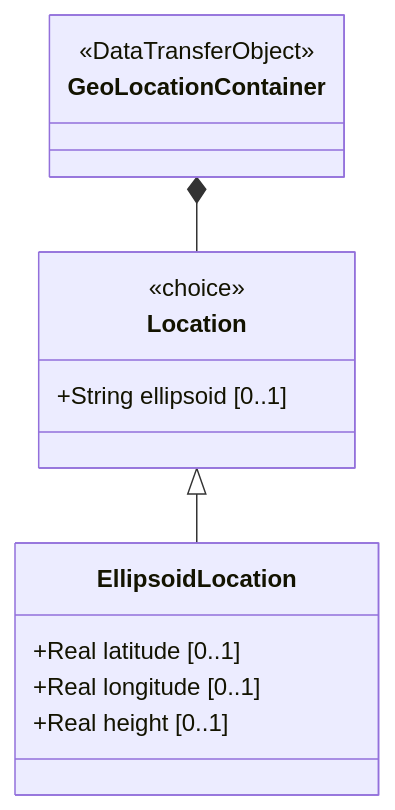
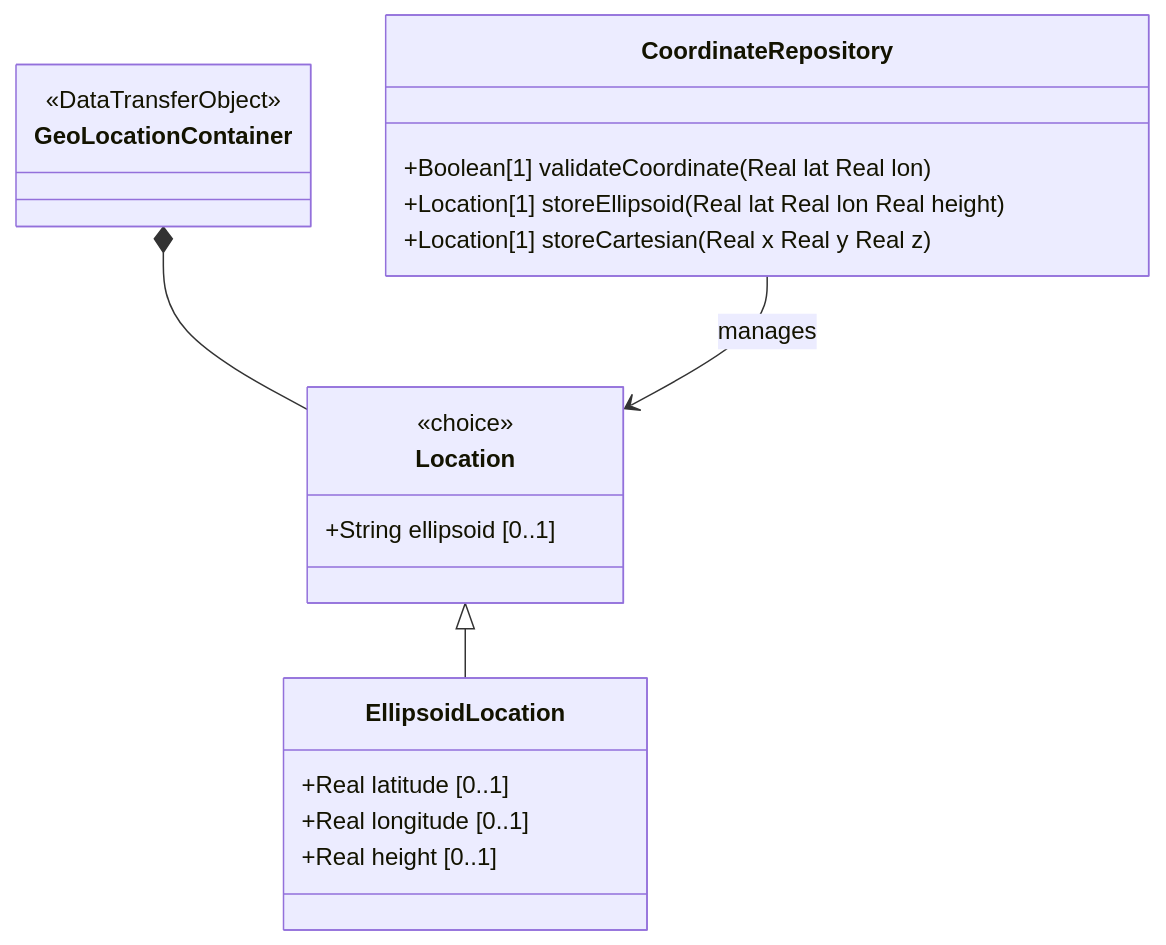
The diagram in docs/features/feat-03-ellipsoid-coordinate-positioning.md (gintatkinson/3dgs-011), drawn with Mermaid before and after one commit. The commit also changed 16 other files, not shown here.

````diff
--- a/docs/features/feat-03-ellipsoid-coordinate-positioning.md
+++ b/docs/features/feat-03-ellipsoid-coordinate-positioning.md
@@ -20,17 +20,23 @@
 ```mermaid
 classDiagram
     class Location {
         <<choice>>
         +String ellipsoid [0..1]
     }
     class EllipsoidLocation {
         +Real latitude [0..1]
         +Real longitude [0..1]
         +Real height [0..1]
     }
     class GeoLocationContainer {
         <<DataTransferObject>>
     }
     GeoLocationContainer *-- Location
     Location <|-- EllipsoidLocation
+    class CoordinateRepository {
+        +Boolean[1] validateCoordinate(Real lat Real lon)
+        +Location[1] storeEllipsoid(Real lat Real lon Real height)
+        +Location[1] storeCartesian(Real x Real y Real z)
+    }
+    CoordinateRepository --> Location : manages
 ```
````
